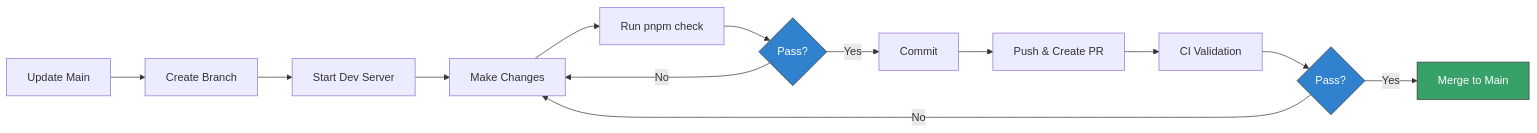
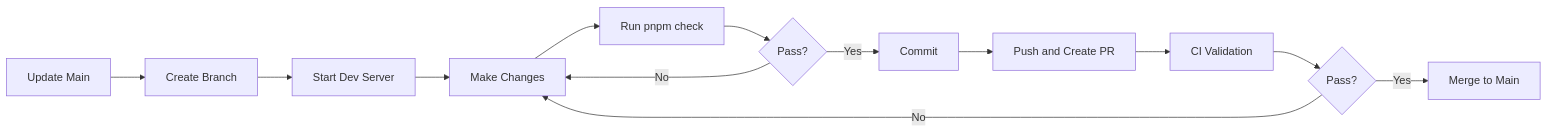
Before and after one commit to team4procoaching/website: the diagram in CONTRIBUTING.md, drawn with Mermaid. The commit also changed other lines of this file and 14 other files, not shown here.

First line of the commit message:
docs(epic): restructure AI governance, centralize architecture, and enforce commitlint

````diff
--- a/CONTRIBUTING.md
+++ b/CONTRIBUTING.md
@@ -74,19 +31,15 @@
 ```mermaid
 graph LR
     A[Update Main] --> B[Create Branch]
     B --> C[Start Dev Server]
     C --> D[Make Changes]
     D --> E[Run pnpm check]
     E --> F{Pass?}
     F -->|Yes| G[Commit]
     F -->|No| D
-    G --> H[Push & Create PR]
+    G --> H[Push and Create PR]
     H --> I[CI Validation]
     I --> J{Pass?}
     J -->|Yes| K[Merge to Main]
     J -->|No| D
-
-    style F fill:#3182ce,stroke:#333,color:#fff
-    style J fill:#3182ce,stroke:#333,color:#fff
-    style K fill:#38a169,stroke:#333,color:#fff
 ```
````
